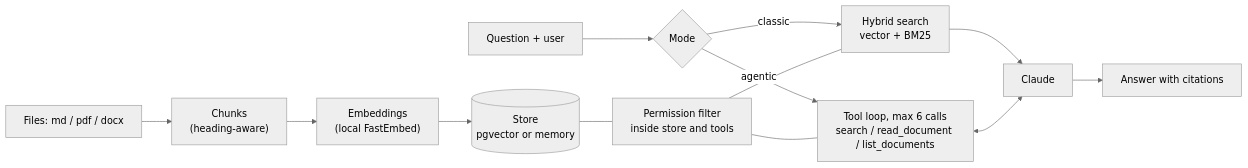
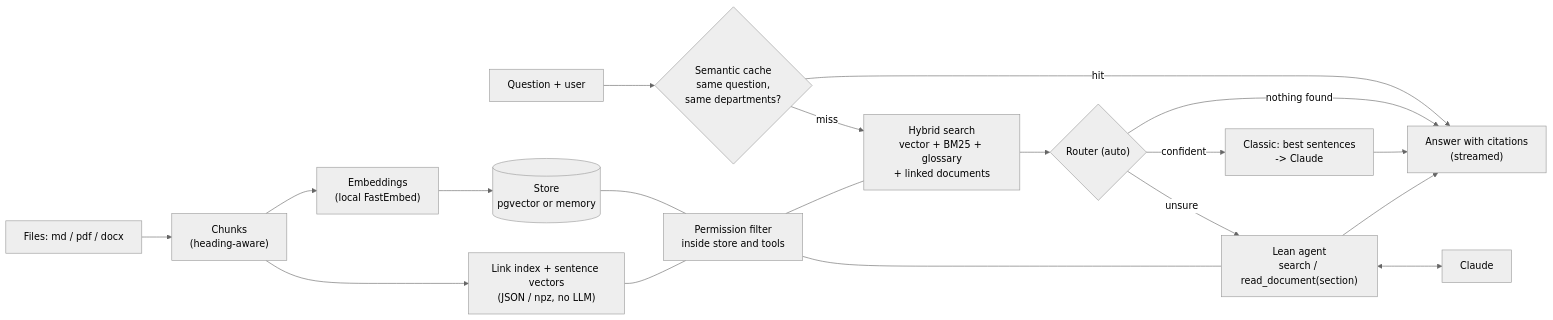
One commit to omaraldulimay/knowledge-search changed the diagram in README.md. Above: the diagram before and after it, drawn with Mermaid (neutral theme). The commit also changed other lines of this file and 5 other files, not shown here.

````diff
--- a/README.md
+++ b/README.md
@@ -20,17 +20,23 @@
 ```mermaid
 flowchart LR
   F["Files: md / pdf / docx"] --> C["Chunks<br/>(heading-aware)"]
   C --> E["Embeddings<br/>(local FastEmbed)"]
   E --> S[("Store<br/>pgvector or memory")]
+  C --> K["Link index + sentence vectors<br/>(JSON / npz, no LLM)"]
 
-  Q["Question + user"] --> M{Mode}
-  M -->|classic| H["Hybrid search<br/>vector + BM25"]
-  M -->|agentic| T["Tool loop, max 6 calls<br/>search / read_document / list_documents"]
-  H --> L["Claude"]
-  T <--> L
-  L --> A["Answer with citations"]
+  Q["Question + user"] --> CA{"Semantic cache<br/>same question,<br/>same departments?"}
+  CA -->|hit| A
+  CA -->|miss| H["Hybrid search<br/>vector + BM25 + glossary<br/>+ linked documents"]
+  H --> R{"Router (auto)"}
+  R -->|nothing found| A
+  R -->|confident| CL["Classic: best sentences<br/>-> Claude"]
+  R -->|unsure| T["Lean agent<br/>search / read_document(section)"]
+  CL --> A["Answer with citations<br/>(streamed)"]
+  T <--> L["Claude"]
+  T --> A
 
   S --- P["Permission filter<br/>inside store and tools"]
+  K --- P
   P --- H
   P --- T
 ```
````
